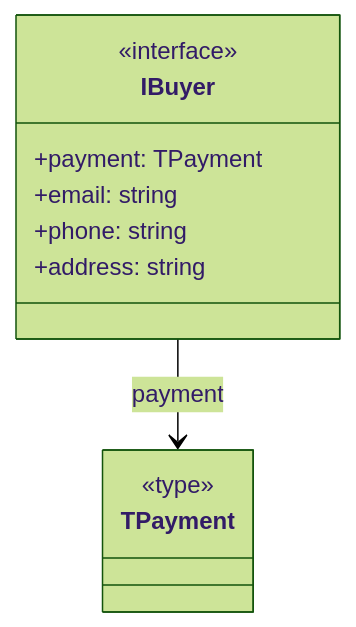
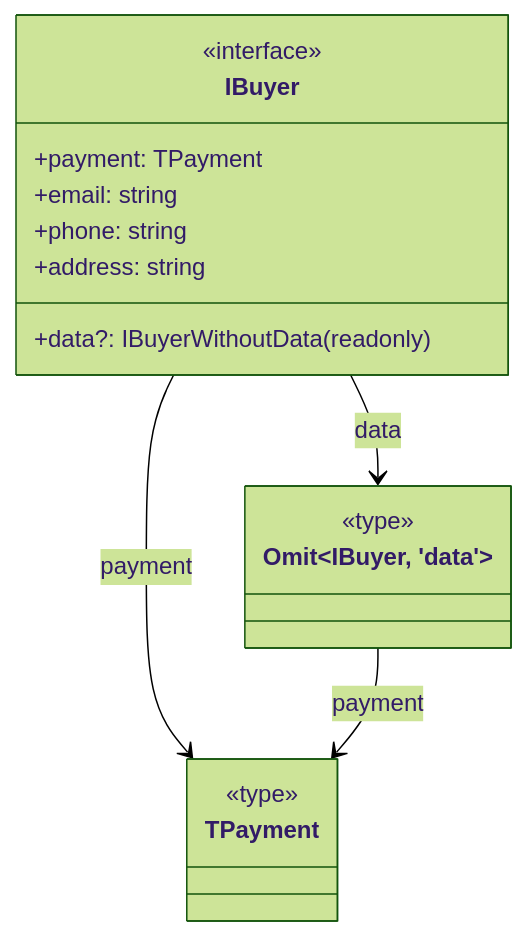
One commit to vvk2020/weblarek changed the tenth of 15 diagrams in README.md. Above: the diagram before and after it, drawn with Mermaid (forest theme). The commit also changed other lines of this file and 5 other files, not shown here.

````diff
--- a/README.md
+++ b/README.md
@@ -503,16 +448,23 @@
 ```mermaid
 classDiagram
     class IBuyer {
         <<interface>>
         +payment: TPayment
         +email: string
         +phone: string
         +address: string
+        +data?: IBuyerWithoutData (readonly)
+    }
+
+    class Omit~IBuyer, 'data'~ {
+        <<type>>
     }
 
     class TPayment {
         <<type>>
     }
 
     IBuyer --> TPayment : payment
+    IBuyer --> Omit~IBuyer, 'data'~ : data
+    Omit~IBuyer, 'data'~ --> TPayment : payment
 ```
````
